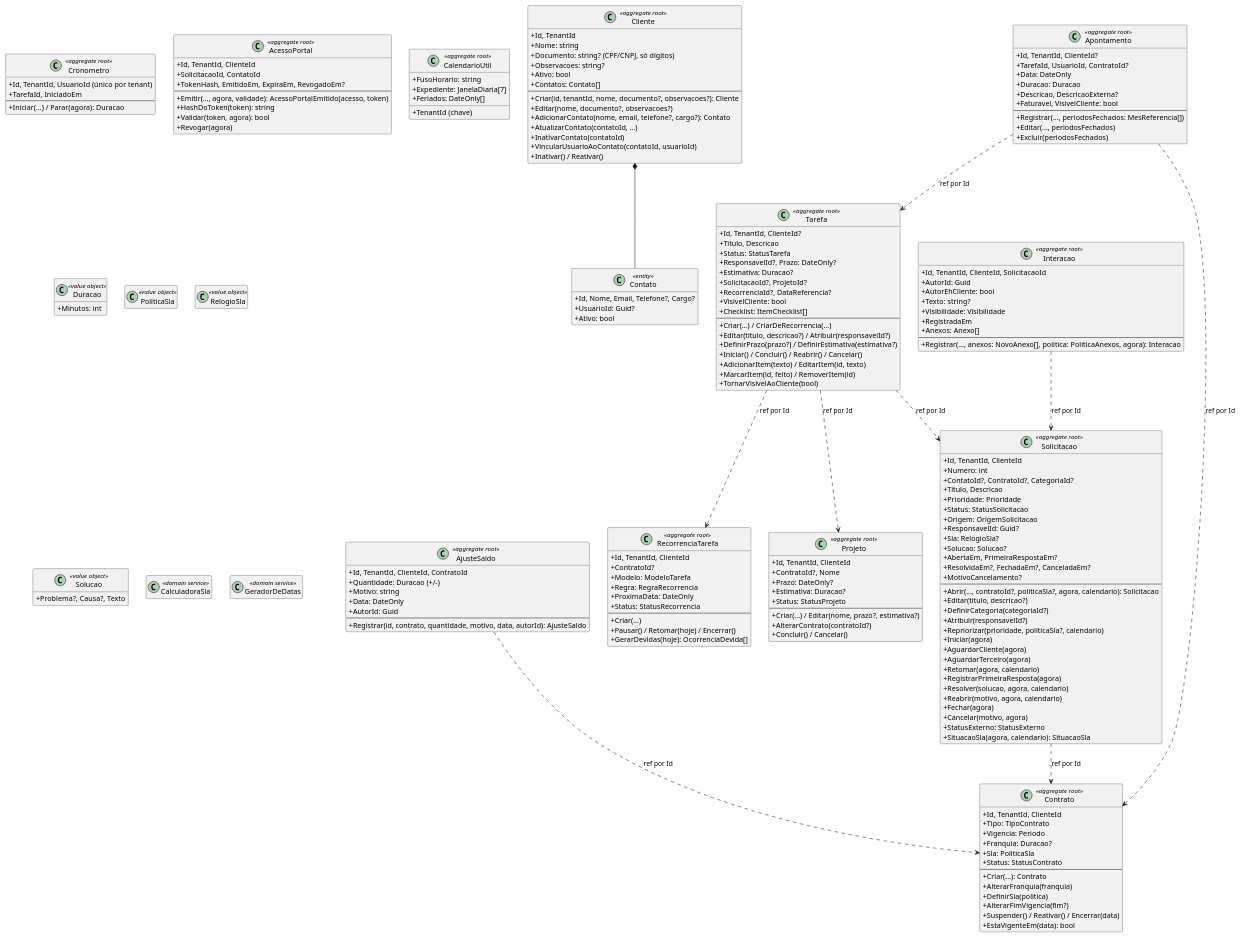
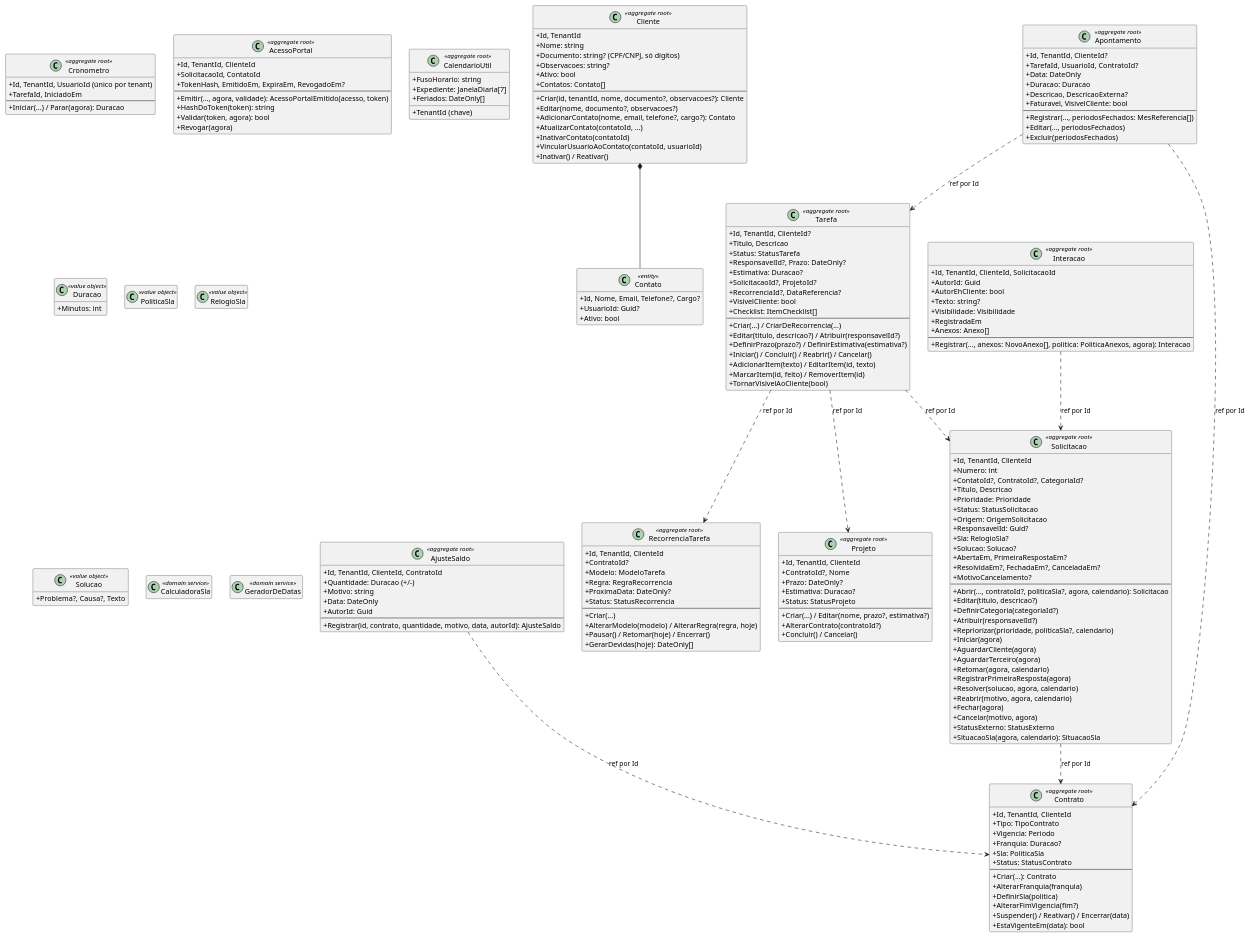
The diagram in docs/modelo-de-dominio-acordu.md (dansantxs/Acordu), drawn with PlantUML before and after one commit. The commit also changed other lines of this file and 1 other file, not shown here.

First line of the commit message:
docs: registra recorrência no modelo e o campo inicio na API

```diff
--- a/docs/modelo-de-dominio-acordu.md
+++ b/docs/modelo-de-dominio-acordu.md
@@ -182,12 +182,13 @@
   +ContratoId?
   +Modelo: ModeloTarefa
   +Regra: RegraRecorrencia
-  +ProximaData: DateOnly
+  +ProximaData: DateOnly?
   +Status: StatusRecorrencia
   --
   +Criar(...)
+  +AlterarModelo(modelo) / AlterarRegra(regra, hoje)
   +Pausar() / Retomar(hoje) / Encerrar()
-  +GerarDevidas(hoje): OcorrenciaDevida[]
+  +GerarDevidas(hoje): DateOnly[]
 }
 
 class AcessoPortal <<aggregate root>> {
```
